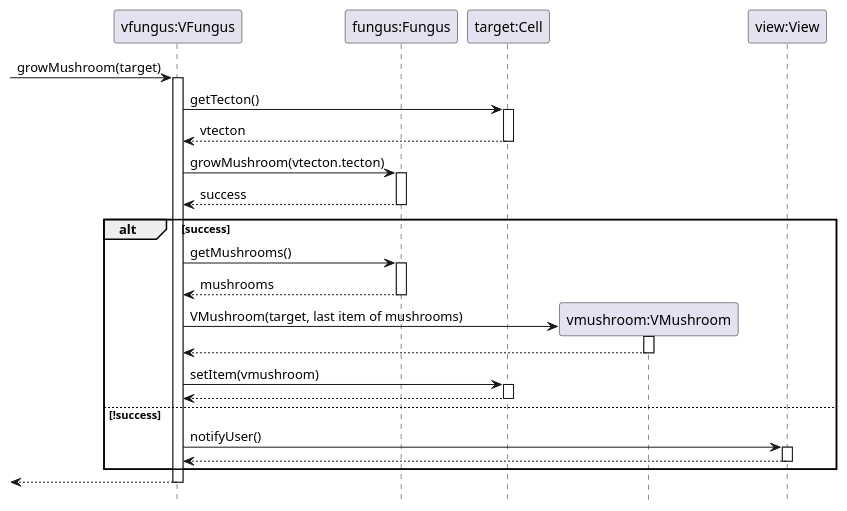
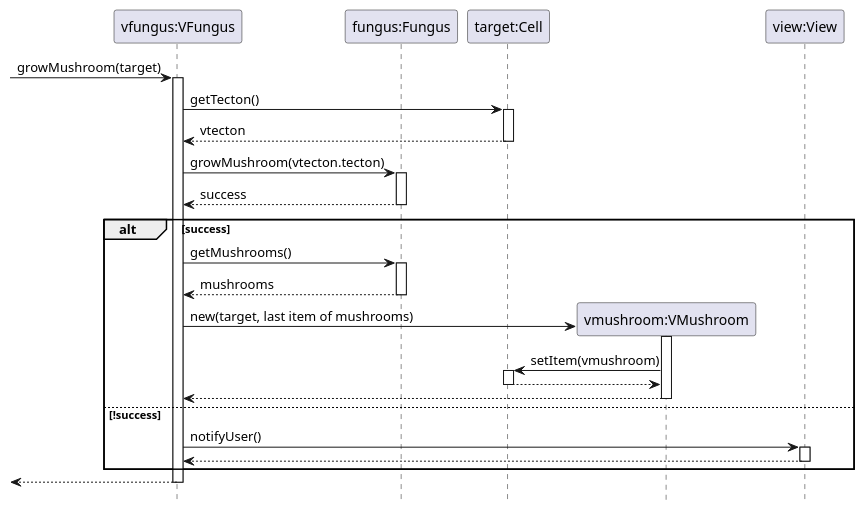
Before and after one commit to ZD4ve/projlab-error521: the diagram in GuiPlan/actions/growMushroom.puml, drawn with PlantUML. The commit also changed 7 other files, not shown here.

```diff
--- a/GuiPlan/actions/growMushroom.puml
+++ b/GuiPlan/actions/growMushroom.puml
@@ -1,36 +1,36 @@
 @startuml growMushroom
 hide footbox
 
 participant "vfungus:VFungus" as vfungus
 participant "fungus:Fungus" as fungus
 participant "target:Cell" as target
 
 participant "vmushroom:VMushroom" as vmushroom
 participant "view:View" as view
 
 -> vfungus : growMushroom(target)
 activate vfungus
     vfungus -> target : getTecton()
     activate target
     return vtecton
     vfungus -> fungus : growMushroom(vtecton.tecton)
     activate fungus
     return success
     alt success
         vfungus -> fungus : getMushrooms()
         activate fungus
         return mushrooms
         create vmushroom
-        vfungus -> vmushroom : VMushroom(target, last item of mushrooms)
+        vfungus -> vmushroom : new(target, last item of mushrooms)
         activate vmushroom
-        return
-        vfungus -> target : setItem(vmushroom)
-        activate target
+            vmushroom -> target : setItem(vmushroom)
+            activate target
+            return
         return
     else !success
         vfungus -> view : notifyUser()
         activate view
         return
     end
 return
 @enduml
```
